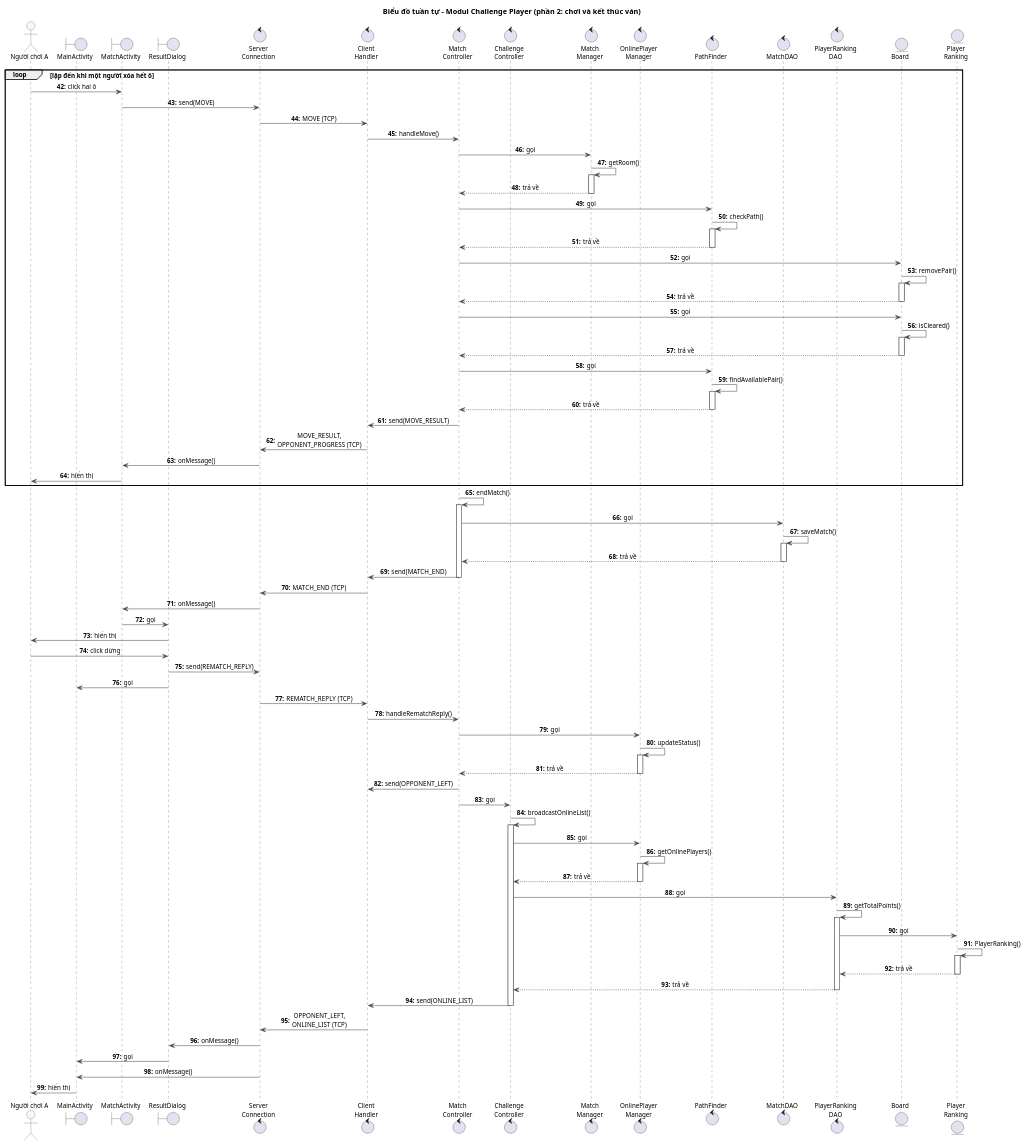
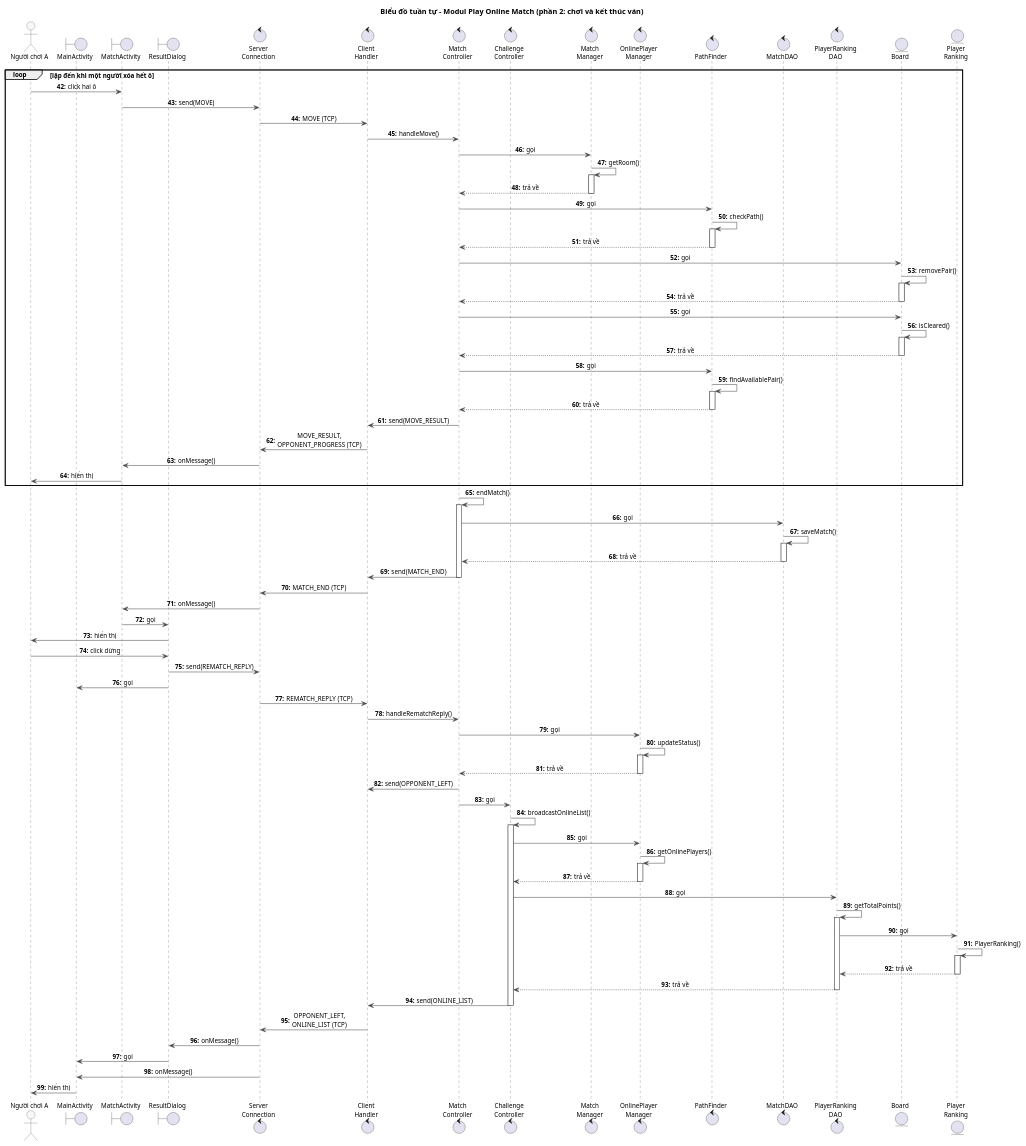
Before and after one commit to VattenL/mobile-pikachu: the diagram in docs/uml/pha3/seq-m3-2.puml, drawn with PlantUML. The commit also changed 46 other files, not shown here.

```diff
--- a/docs/uml/pha3/seq-m3-2.puml
+++ b/docs/uml/pha3/seq-m3-2.puml
@@ -1,119 +1,119 @@
 @startuml seq-m3-2
-title Biểu đồ tuần tự - Modul Challenge Player (phần 2: chơi và kết thúc ván)
+title Biểu đồ tuần tự - Modul Play Online Match (phần 2: chơi và kết thúc ván)
 
 skinparam shadowing false
 skinparam defaultFontSize 12
 skinparam sequenceMessageAlign center
 skinparam responseMessageBelowArrow true
 skinparam ArrowColor #4A4A4A
 skinparam sequence {
   LifeLineBorderColor #4A4A4A
   ParticipantBorderColor #4A4A4A
   ParticipantBackgroundColor #F7F7F7
   ActorBorderColor #4A4A4A
   ActorBackgroundColor #F7F7F7
 }
 autonumber "<b>0:"
 autonumber 42 "<b>0:"
 
 actor "Người chơi A" as A
 boundary MainActivity
 boundary MatchActivity
 boundary ResultDialog
 control "Server\nConnection" as ServerConnection
 control "Client\nHandler" as ClientHandler
 control "Match\nController" as MatchController
 control "Challenge\nController" as ChallengeController
 control "Match\nManager" as MatchManager
 control "OnlinePlayer\nManager" as OnlinePlayerManager
 control PathFinder
 control MatchDAO
 control "PlayerRanking\nDAO" as PlayerRankingDAO
 entity Board
 entity "Player\nRanking" as PlayerRanking
 
 loop lặp đến khi một người xóa hết ô
 A -> MatchActivity : click hai ô
 MatchActivity -> ServerConnection : send(MOVE)
 ServerConnection -> ClientHandler : MOVE (TCP)
 ClientHandler -> MatchController : handleMove()
 MatchController -> MatchManager : gọi
 MatchManager -> MatchManager : getRoom()
 activate MatchManager
 MatchManager --> MatchController : trả về
 deactivate MatchManager
 MatchController -> PathFinder : gọi
 PathFinder -> PathFinder : checkPath()
 activate PathFinder
 PathFinder --> MatchController : trả về
 deactivate PathFinder
 MatchController -> Board : gọi
 Board -> Board : removePair()
 activate Board
 Board --> MatchController : trả về
 deactivate Board
 MatchController -> Board : gọi
 Board -> Board : isCleared()
 activate Board
 Board --> MatchController : trả về
 deactivate Board
 MatchController -> PathFinder : gọi
 PathFinder -> PathFinder : findAvailablePair()
 activate PathFinder
 PathFinder --> MatchController : trả về
 deactivate PathFinder
 MatchController -> ClientHandler : send(MOVE_RESULT)
 ClientHandler -> ServerConnection : MOVE_RESULT,\nOPPONENT_PROGRESS (TCP)
 ServerConnection -> MatchActivity : onMessage()
 MatchActivity -> A : hiển thị
 end
 MatchController -> MatchController : endMatch()
 activate MatchController
 MatchController -> MatchDAO : gọi
 MatchDAO -> MatchDAO : saveMatch()
 activate MatchDAO
 MatchDAO --> MatchController : trả về
 deactivate MatchDAO
 MatchController -> ClientHandler : send(MATCH_END)
 deactivate MatchController
 ClientHandler -> ServerConnection : MATCH_END (TCP)
 ServerConnection -> MatchActivity : onMessage()
 MatchActivity -> ResultDialog : gọi
 ResultDialog -> A : hiển thị
 A -> ResultDialog : click dừng
 ResultDialog -> ServerConnection : send(REMATCH_REPLY)
 ResultDialog -> MainActivity : gọi
 ServerConnection -> ClientHandler : REMATCH_REPLY (TCP)
 ClientHandler -> MatchController : handleRematchReply()
 MatchController -> OnlinePlayerManager : gọi
 OnlinePlayerManager -> OnlinePlayerManager : updateStatus()
 activate OnlinePlayerManager
 OnlinePlayerManager --> MatchController : trả về
 deactivate OnlinePlayerManager
 MatchController -> ClientHandler : send(OPPONENT_LEFT)
 MatchController -> ChallengeController : gọi
 ChallengeController -> ChallengeController : broadcastOnlineList()
 activate ChallengeController
 ChallengeController -> OnlinePlayerManager : gọi
 OnlinePlayerManager -> OnlinePlayerManager : getOnlinePlayers()
 activate OnlinePlayerManager
 OnlinePlayerManager --> ChallengeController : trả về
 deactivate OnlinePlayerManager
 ChallengeController -> PlayerRankingDAO : gọi
 PlayerRankingDAO -> PlayerRankingDAO : getTotalPoints()
 activate PlayerRankingDAO
 PlayerRankingDAO -> PlayerRanking : gọi
 PlayerRanking -> PlayerRanking : PlayerRanking()
 activate PlayerRanking
 PlayerRanking --> PlayerRankingDAO : trả về
 deactivate PlayerRanking
 PlayerRankingDAO --> ChallengeController : trả về
 deactivate PlayerRankingDAO
 ChallengeController -> ClientHandler : send(ONLINE_LIST)
 deactivate ChallengeController
 ClientHandler -> ServerConnection : OPPONENT_LEFT,\nONLINE_LIST (TCP)
 ServerConnection -> ResultDialog : onMessage()
 ResultDialog -> MainActivity : gọi
 ServerConnection -> MainActivity : onMessage()
 MainActivity -> A : hiển thị
 @enduml
```
